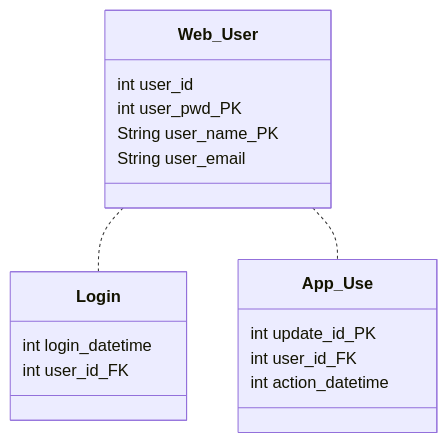
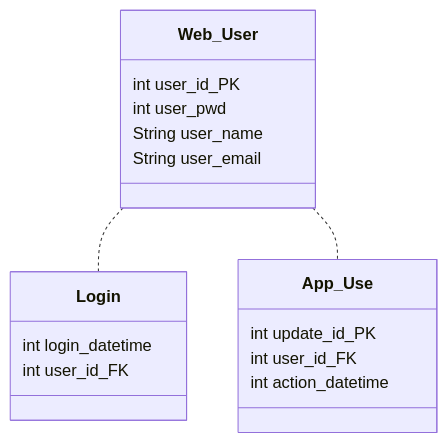
Before and after one commit to dcpneto/StarClimate: the diagram in README.md, drawn with Mermaid.

Commit message:
Update README.MD
Fixed some minor issues on DB architecture

````diff
--- a/README.md
+++ b/README.md
@@ -6,18 +6,18 @@
 ```mermaid
 classDiagram
       Web_User .. Login
       Web_User.. App_Use
-      Web_User: int user_id
-      Web_User: int user_pwd_PK
-      Web_User: String user_name_PK
+      Web_User: int user_id_PK
+      Web_User: int user_pwd
+      Web_User: String user_name
       Web_User: String user_email
       class Login{
           int login_datetime
           int user_id_FK
       }
       class App_Use{
           int update_id_PK
           int user_id_FK
           int action_datetime
       }
 ```
````
